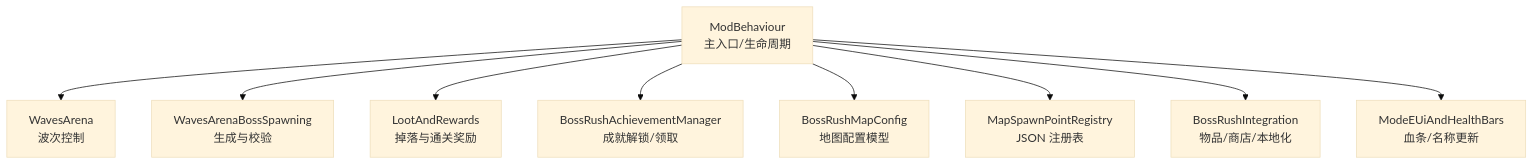
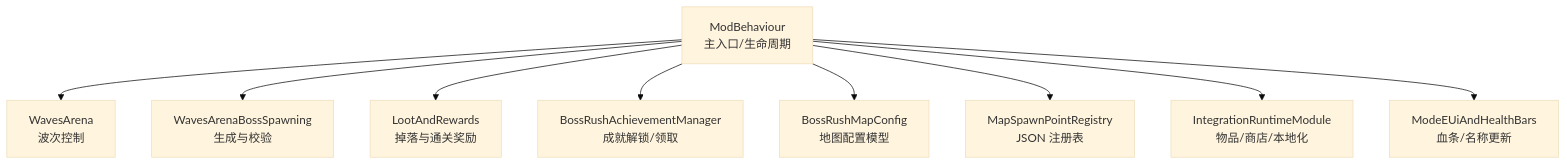
One commit to GASEN1216/BossRushMod changed the first of 8 diagrams in .qoder/repowiki/zh/content/项目概览/核心功能特性/自定义 Boss 系统/Boss 框架设计/Boss 系统集成.md. Above: the diagram before and after it, drawn with Mermaid (base theme). The commit also changed other lines of this file and 98 other files, not shown here.

````diff
--- a/.qoder/repowiki/zh/content/项目概览/核心功能特性/自定义 Boss 系统/Boss 框架设计/Boss 系统集成.md
+++ b/.qoder/repowiki/zh/content/项目概览/核心功能特性/自定义 Boss 系统/Boss 框架设计/Boss 系统集成.md
@@ -41,11 +42,11 @@
 ```mermaid
 graph TB
 MB["ModBehaviour<br/>主入口/生命周期"] --> WA["WavesArena<br/>波次控制"]
 MB --> WBS["WavesArenaBossSpawning<br/>生成与校验"]
 MB --> LR["LootAndRewards<br/>掉落与通关奖励"]
 MB --> AM["BossRushAchievementManager<br/>成就解锁/领取"]
 MB --> MAP["BossRushMapConfig<br/>地图配置模型"]
 MB --> REG["MapSpawnPointRegistry<br/>JSON 注册表"]
-MB --> INT["BossRushIntegration<br/>物品/商店/本地化"]
+MB --> INT["IntegrationRuntimeModule<br/>物品/商店/本地化"]
 MB --> UIHB["ModeEUiAndHealthBars<br/>血条/名称更新"]
 ```
````
